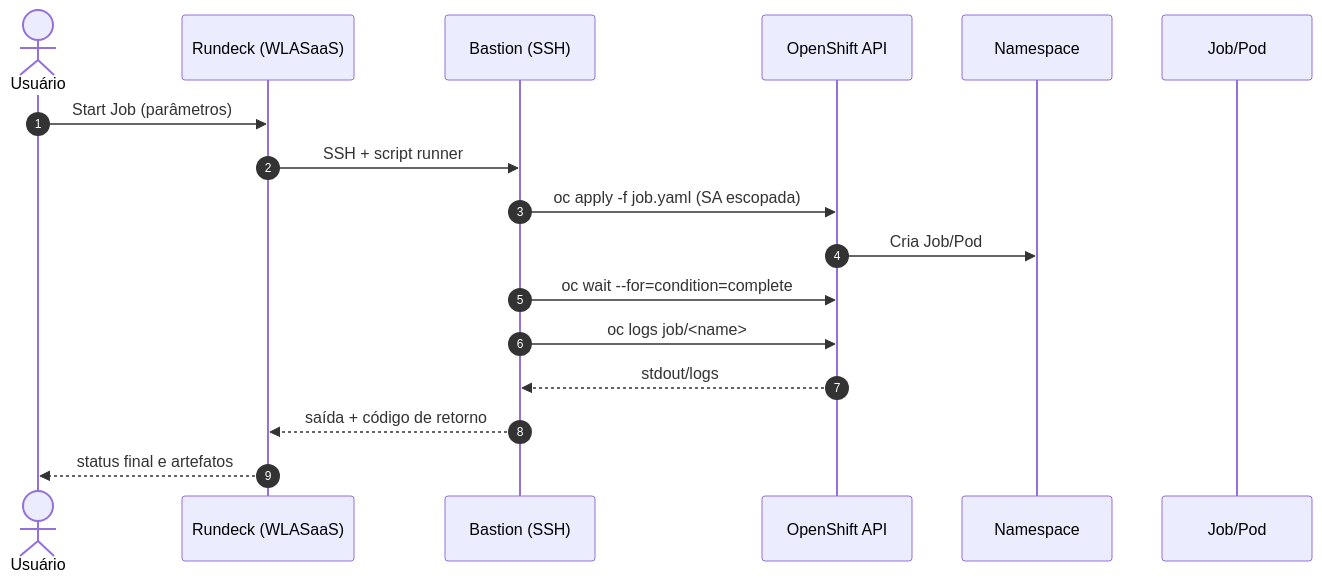
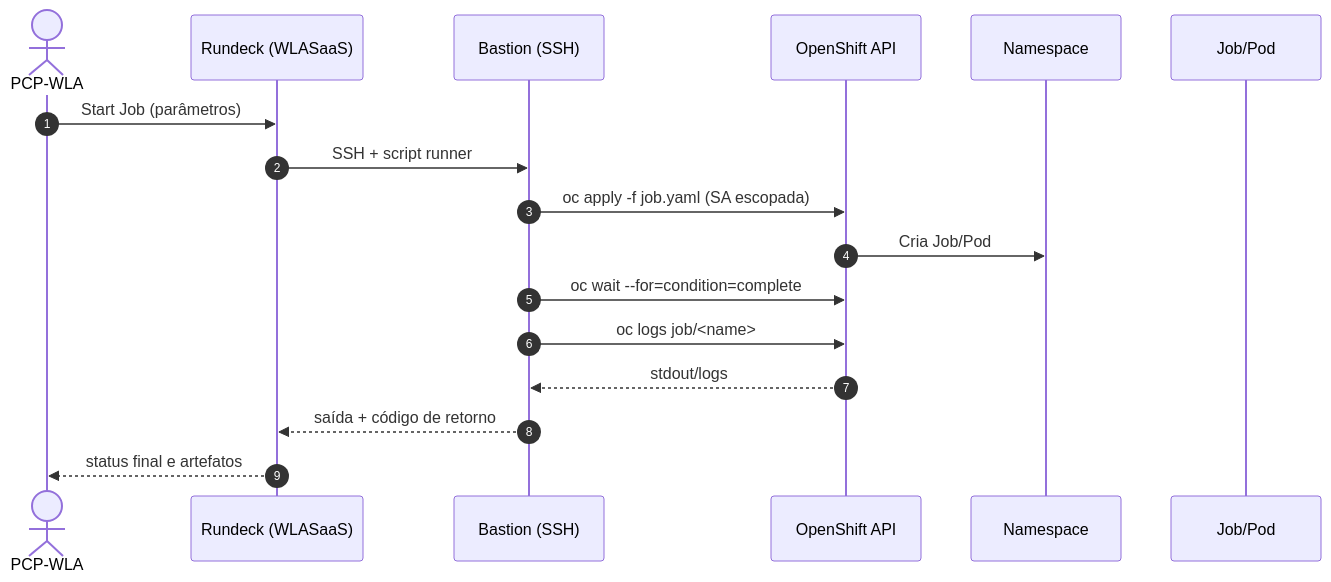
The second of 3 diagrams in README.md (mbenedicto99/CTM_OCP), drawn with Mermaid before and after one commit.

Commit message:
WLASaaS->OCP 20250912-123506

````diff
--- a/README.md
+++ b/README.md
@@ -38,20 +38,20 @@
 ```mermaid
 sequenceDiagram
   autonumber
-  actor U as Usuário
+  actor U as PCP-WLA
   participant RD as Rundeck (WLASaaS)
   participant BAS as Bastion (SSH)
   participant API as OpenShift API
   participant NS as Namespace
   participant POD as Job/Pod
 
   U->>RD: Start Job (parâmetros)
   RD->>BAS: SSH + script runner
   BAS->>API: oc apply -f job.yaml (SA escopada)
   API->>NS: Cria Job/Pod
   BAS->>API: oc wait --for=condition=complete
   BAS->>API: oc logs job/<name>
   API-->>BAS: stdout/logs
   BAS-->>RD: saída + código de retorno
   RD-->>U: status final e artefatos
 ```
````
